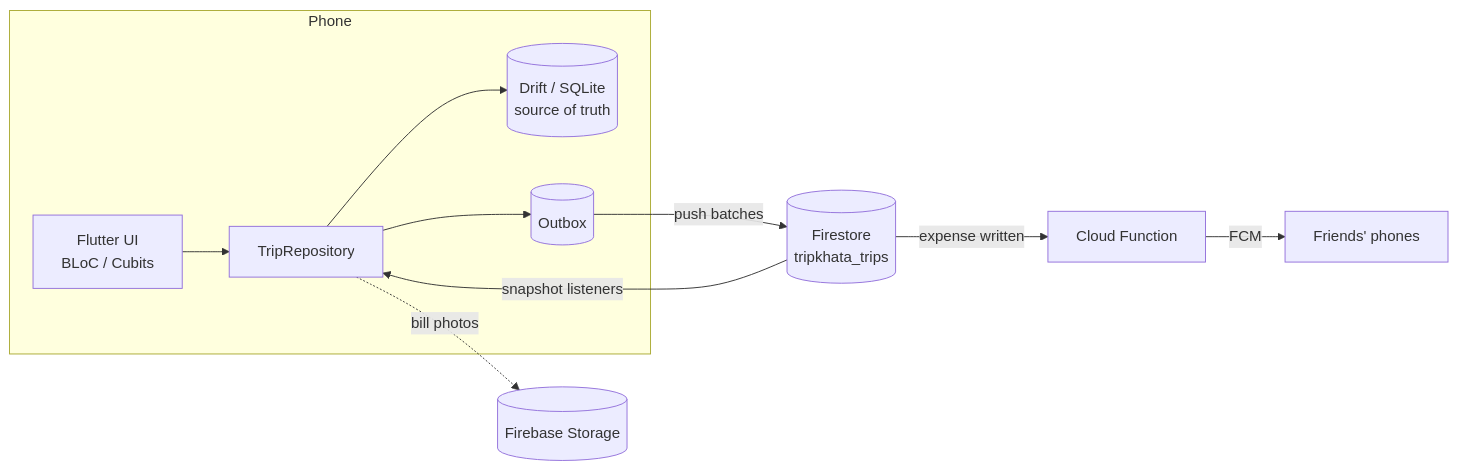
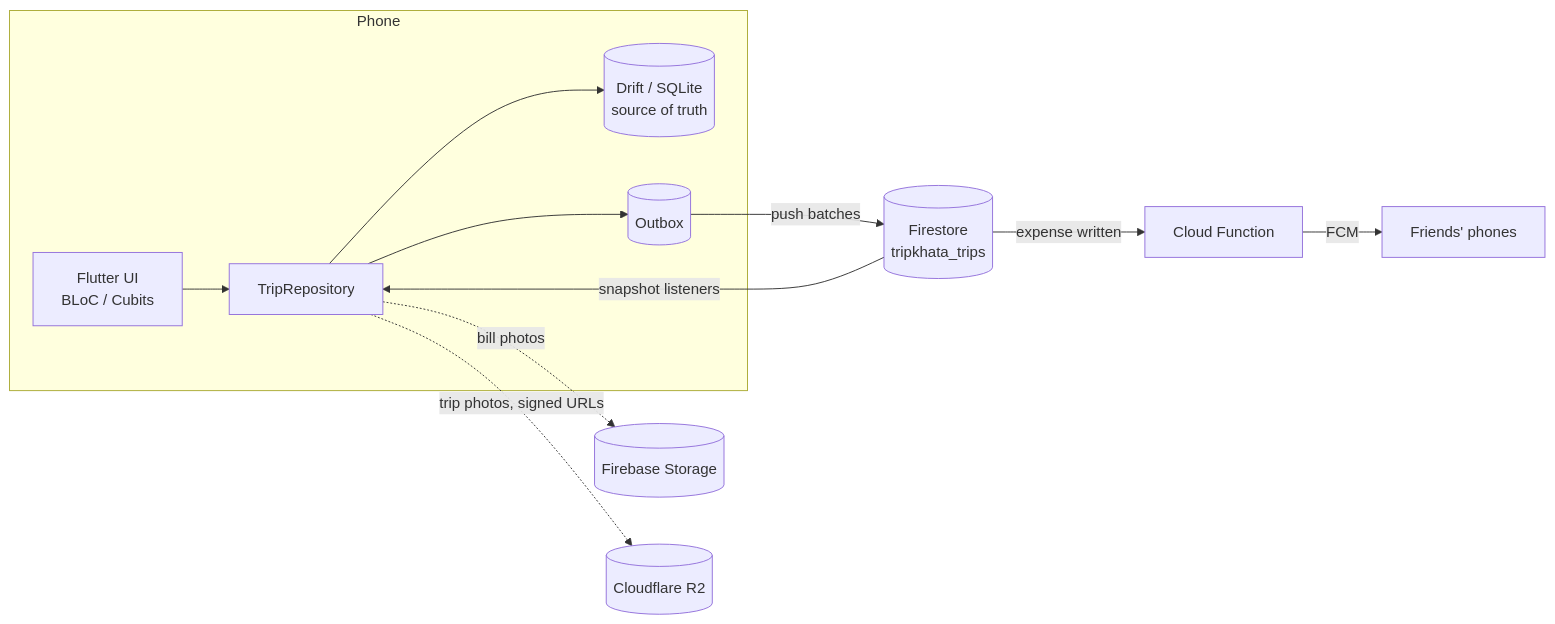
Before and after one commit to SachinChoudhary07/Trip-Khata: the diagram in README.md, drawn with Mermaid. The commit also changed other lines of this file and 21 other files, not shown here.

First line of the commit message:
Trip photos on Cloudflare R2

````diff
--- a/README.md
+++ b/README.md
@@ -84,13 +85,14 @@
 ```mermaid
 flowchart LR
   subgraph Phone
     UI[Flutter UI<br/>BLoC / Cubits] --> Repo[TripRepository]
     Repo --> DB[(Drift / SQLite<br/>source of truth)]
     Repo --> Outbox[(Outbox)]
   end
   Outbox -- push batches --> FS[(Firestore<br/>tripkhata_trips)]
   FS -- snapshot listeners --> Repo
   FS -- expense written --> CF[Cloud Function]
   CF -- FCM --> Friends[Friends' phones]
   Repo -. bill photos .-> ST[(Firebase Storage)]
+  Repo -. trip photos, signed URLs .-> R2[(Cloudflare R2)]
 ```
````
